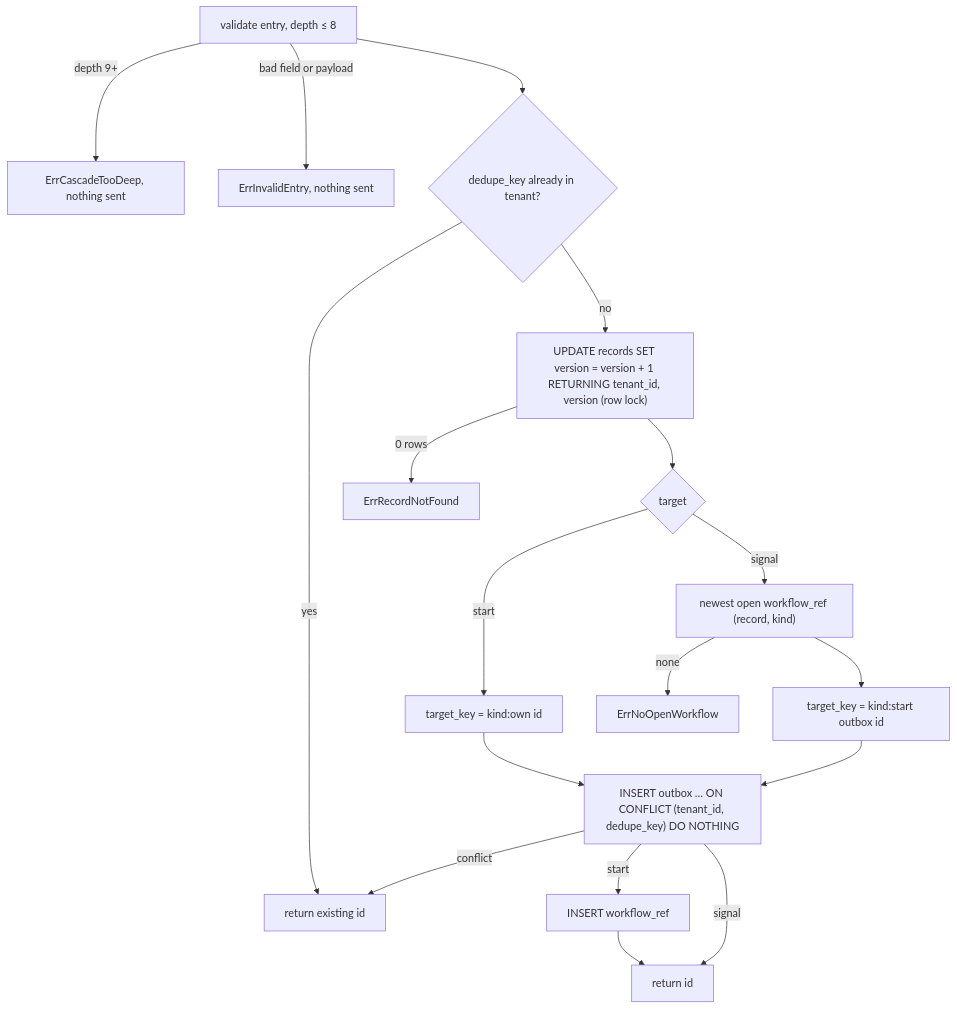
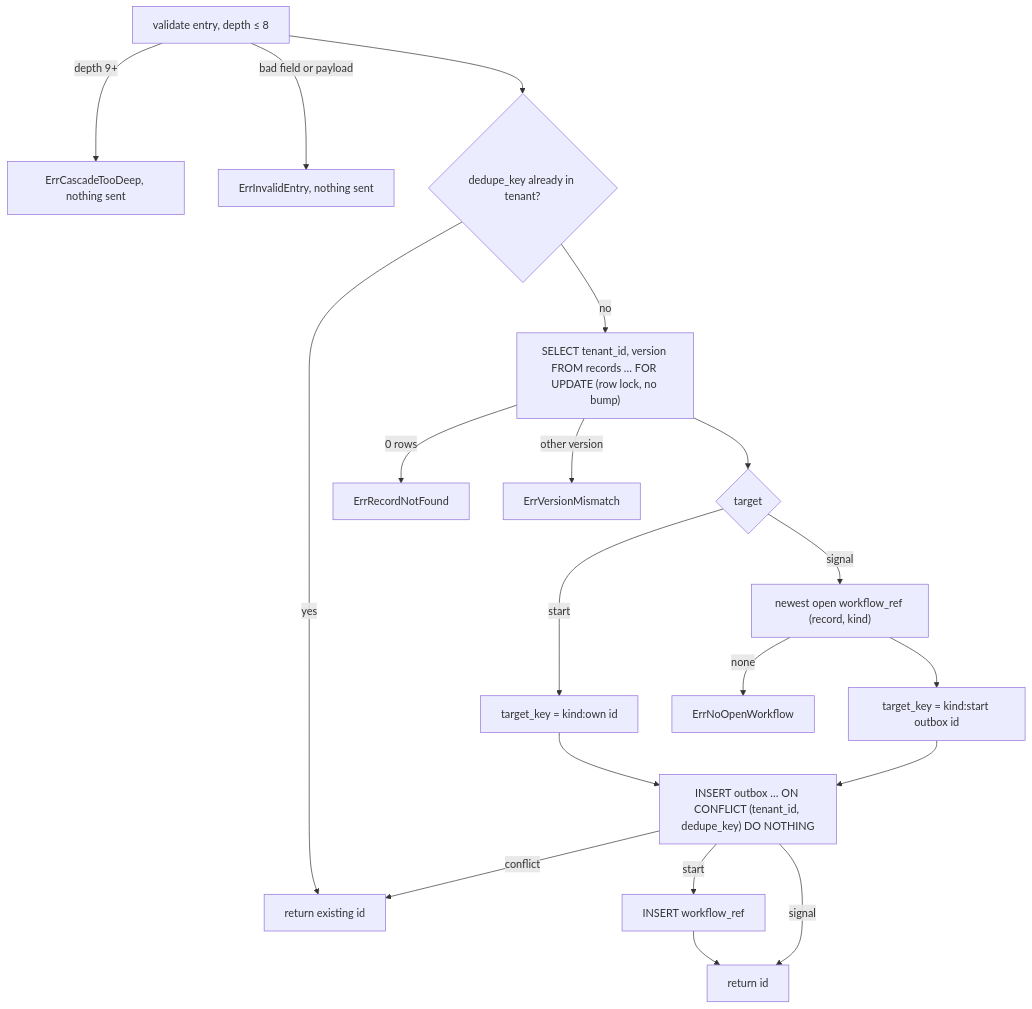
The diagram in docs/architecture/outbox-producer.md (Navaladi2019/TicketingSystem), drawn with Mermaid before and after one commit. The commit also changed other lines of this file and 15 other files, not shown here.

````diff
--- a/docs/architecture/outbox-producer.md
+++ b/docs/architecture/outbox-producer.md
@@ -22,20 +30,21 @@
 ```mermaid
 flowchart TD
   A[validate entry, depth ≤ 8] -->|depth 9+| X1[ErrCascadeTooDeep, nothing sent]
   A -->|bad field or payload| X2[ErrInvalidEntry, nothing sent]
   A --> B{dedupe_key already in tenant?}
   B -->|yes| R1[return existing id]
-  B -->|no| C["UPDATE records SET version = version + 1 RETURNING tenant_id, version (row lock)"]
+  B -->|no| C["SELECT tenant_id, version FROM records … FOR UPDATE (row lock, no bump)"]
   C -->|0 rows| X3[ErrRecordNotFound]
+  C -->|other version| X5[ErrVersionMismatch]
   C --> D{target}
   D -->|start| E["target_key = kind:own id"]
   D -->|signal| F["newest open workflow_ref (record, kind)"]
   F -->|none| X4[ErrNoOpenWorkflow]
   F --> G["target_key = kind:start outbox id"]
   E --> H["INSERT outbox … ON CONFLICT (tenant_id, dedupe_key) DO NOTHING"]
   G --> H
   H -->|conflict| R1
   H -->|start| I[INSERT workflow_ref]
   H -->|signal| R2[return id]
   I --> R2
 ```
````
